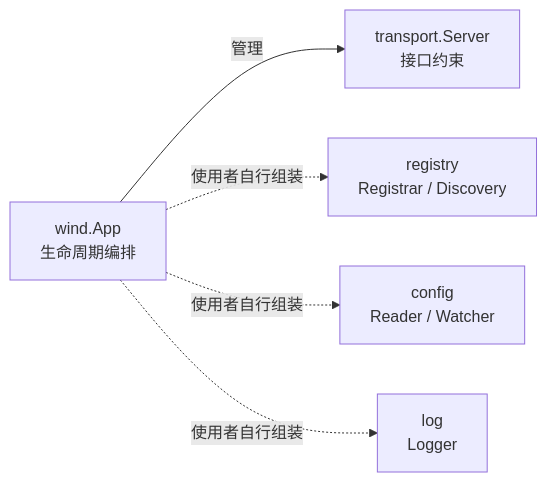
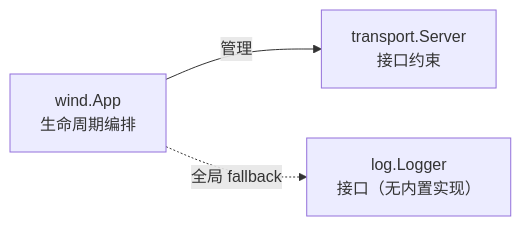
One commit to tx7do/go-wind changed the first of 2 diagrams in README.md. Above: the diagram before and after it, drawn with Mermaid. The commit also changed other lines of this file and 19 other files, not shown here.

````diff
--- a/README.md
+++ b/README.md
@@ -184,8 +180,6 @@
 ```mermaid
 graph LR
     APP["wind.App<br/>生命周期编排"]
     APP -->|"管理"| SERVER["transport.Server<br/>接口约束"]
-    APP -.->|"使用者自行组装"| REG["registry<br/>Registrar / Discovery"]
-    APP -.->|"使用者自行组装"| CFG["config<br/>Reader / Watcher"]
-    APP -.->|"使用者自行组装"| LOG["log<br/>Logger"]
+    APP -.->|"全局 fallback"| LOG["log.Logger<br/>接口（无内置实现）"]
 ```
````
